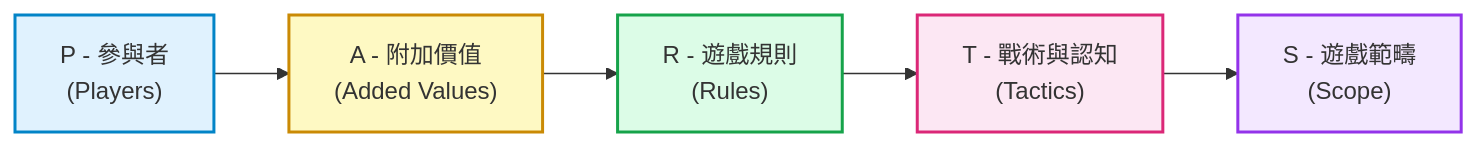
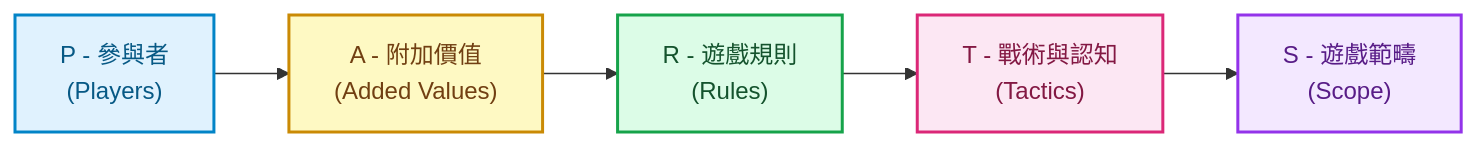
One commit to Jimlin0428/my-digital-garden changed the third of 5 diagrams in src/site/notes/98_商業概念庫/strategy-coopetition_競合戰略 Coopetition.md. Above: the diagram before and after it, drawn with Mermaid. The commit also changed other lines of this file and 99 other files, not shown here.

````diff
--- a/src/site/notes/98_商業概念庫/strategy-coopetition_競合戰略 Coopetition.md
+++ b/src/site/notes/98_商業概念庫/strategy-coopetition_競合戰略 Coopetition.md
@@ -102,13 +102,13 @@
 ```mermaid
 flowchart LR
     P["P - 參與者<br>(Players)"] --> A["A - 附加價值<br>(Added Values)"]
     A --> R["R - 遊戲規則<br>(Rules)"]
     R --> T["T - 戰術與認知<br>(Tactics)"]
     T --> S["S - 遊戲範疇<br>(Scope)"]
 
-    style P fill:#e0f2fe,stroke:#0284c7,stroke-width:2px
-    style A fill:#fef9c3,stroke:#ca8a04,stroke-width:2px
-    style R fill:#dcfce7,stroke:#16a34a,stroke-width:2px
-    style T fill:#fce7f3,stroke:#db2777,stroke-width:2px
-    style S fill:#f3e8ff,stroke:#9333ea,stroke-width:2px
+    style P fill:#e0f2fe,stroke:#0284c7,stroke-width:2px,color:#075985
+    style A fill:#fef9c3,stroke:#ca8a04,stroke-width:2px,color:#713f12
+    style R fill:#dcfce7,stroke:#16a34a,stroke-width:2px,color:#14532d
+    style T fill:#fce7f3,stroke:#db2777,stroke-width:2px,color:#831843
+    style S fill:#f3e8ff,stroke:#9333ea,stroke-width:2px,color:#581c87
 ```
````
